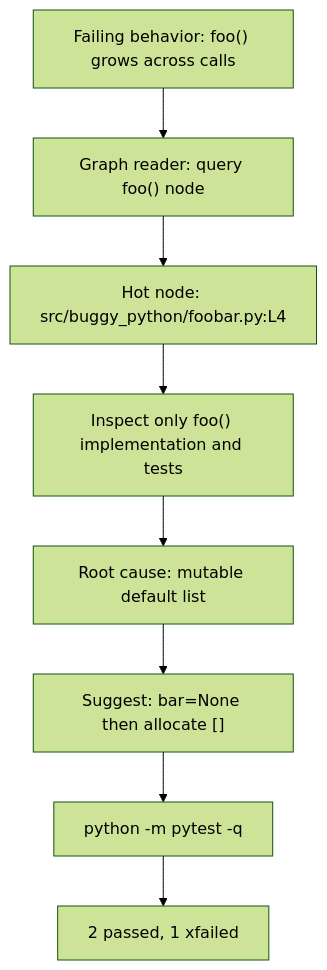
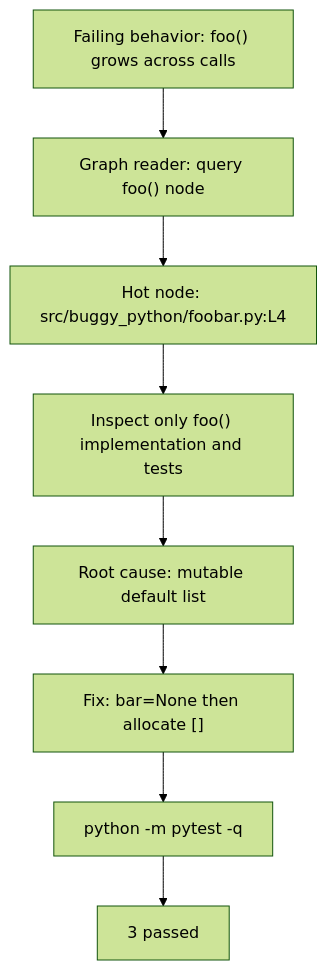
Before and after one commit to MohammdS/ex04-graphify-agentic-debugging: the diagram in obsidian/agent-workflow.md, drawn with Mermaid (forest theme). The commit also changed other lines of this file and 21 other files, not shown here.

````diff
--- a/obsidian/agent-workflow.md
+++ b/obsidian/agent-workflow.md
@@ -5,10 +5,10 @@
 ```mermaid
 flowchart TD
   Start["Failing behavior: foo() grows across calls"] --> GraphReader["Graph reader: query foo() node"]
   GraphReader --> HotNode["Hot node: src/buggy_python/foobar.py:L4"]
   HotNode --> Inspect["Inspect only foo() implementation and tests"]
   Inspect --> RootCause["Root cause: mutable default list"]
-  RootCause --> Patch["Suggest: bar=None then allocate []"]
+  RootCause --> Patch["Fix: bar=None then allocate []"]
   Patch --> Verify["python -m pytest -q"]
-  Verify --> Result["2 passed, 1 xfailed"]
+  Verify --> Result["3 passed"]
 ```
````
